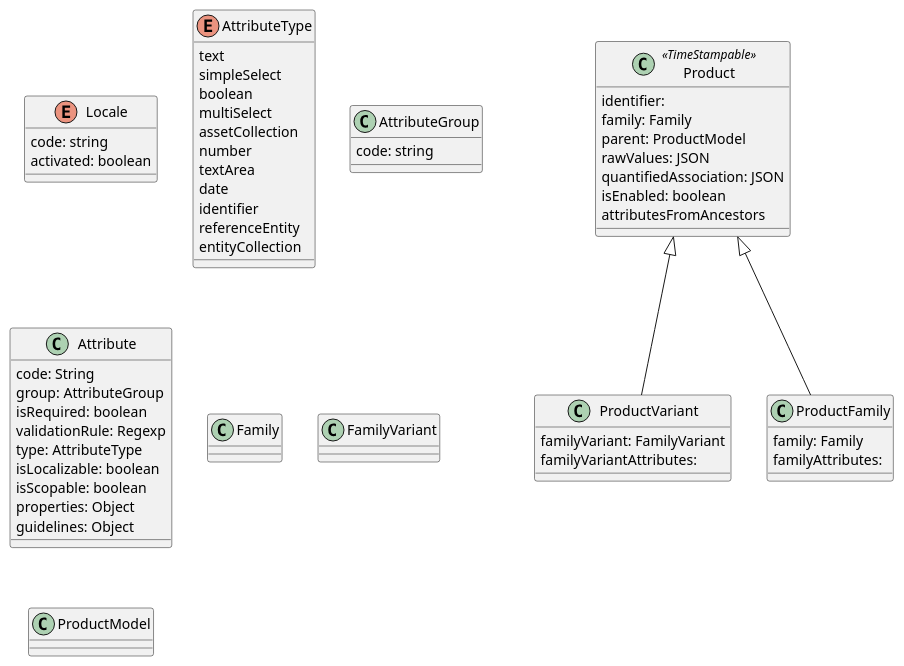
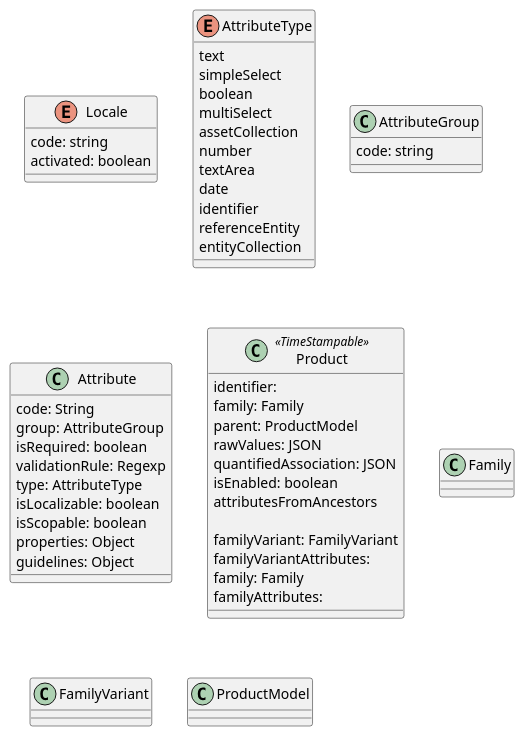
One commit to akeneo/pim-docs changed the diagram in architecture/pim.puml. Above: the diagram before and after it, drawn with PlantUML. The commit also changed 1 other file, not shown here.

```diff
--- a/architecture/pim.puml
+++ b/architecture/pim.puml
@@ -1,99 +1,93 @@
 @startuml PIM core domain model
 '
 ' Stereotype: TimeStampable: created,  updated
 '
 
 enum Locale {
     code: string
     activated: boolean
 }
 enum AttributeType {
     text
     simpleSelect
     boolean
     multiSelect
     assetCollection
     number
     textArea
     date
     identifier
     referenceEntity
     entityCollection
 }
 
 'exemple digital_assets_images, product_size_dimensions, product_physical_characteristics
 class AttributeGroup {
     code: string
 }
 
 'Q: metric Family is used?
 'Q:  isScopable: type value per channel?
 'Q: what is backend Type, what is the use of entity_type ("Akeneo\Pim\Enrichment\Component\Product\Model\Product")
 'display attributes, specific values formats and value constraints not shown
 'Properties: a:4:{s:19:"reference_data_name";N;s:19:"auto_option_sorting";N;s:12:"is_read_only";N;s:13:"default_value";N;}
 'Guidelines:
 'sold_in_orgs: {"en_AU": "List of the Orgs this product can be sold in.\nIf the org is not added to this list, the product can not be sold to customers in that Org."}
 'part_number_list_competitor: {"en_AU": "Add competitor part numbers to this list, separate each with a comma."}
 
 Class Attribute {
     code: String
     group: AttributeGroup
     isRequired: boolean
     validationRule: Regexp
     type: AttributeType
     isLocalizable: boolean
     isScopable: boolean
     properties: Object
     guidelines: Object
 }
 
 'TODO "develop"  rawvalues that contains a product... 
 'QUESTION How can we infer rawValues structure? => inspect real life DB?
-'TODO "develop"  quantifiedAssociation that contains a product... 
+'TODO "develop"  quantifiedAssociation that contains a product... #associations...
 'QUESTION How can we infer quantifiedAssociation structure? => inspect real life DB?
 ' 
 Class Product << TimeStampable >> {
+    'also in raw values.
     identifier: 
     family: Family
     parent: ProductModel
     rawValues: JSON
     ' attribute codes are determined recusively on parent (product model)
     quantifiedAssociation: JSON
+    'Workflow status for business: used in filters
     isEnabled: boolean
     attributesFromAncestors
 
-}
-
-Class ProductVariant
-{
+'QUESTION how can we model the following constraint on attributes.
+'
+    'For a Product of type 'family variant'
     familyVariant: FamilyVariant
     familyVariantAttributes:
-}
-
-Product <|-- ProductVariant
-
-Class ProductFamily  {
+    'For a product of type 'family'
     family: Family
     familyAttributes:
 }
-
-Product  <|-- ProductFamily
-
 
 Class Family {
 
 }
 
 Class FamilyVariant {
 
 }
 
 Class ProductModel {
 
 }
 
 
 
 
 
 @enduml
```
